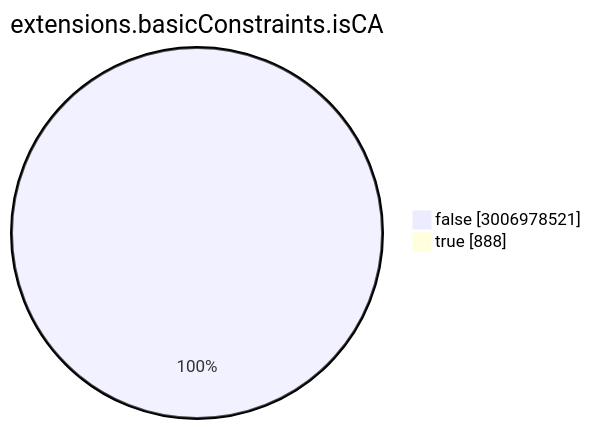
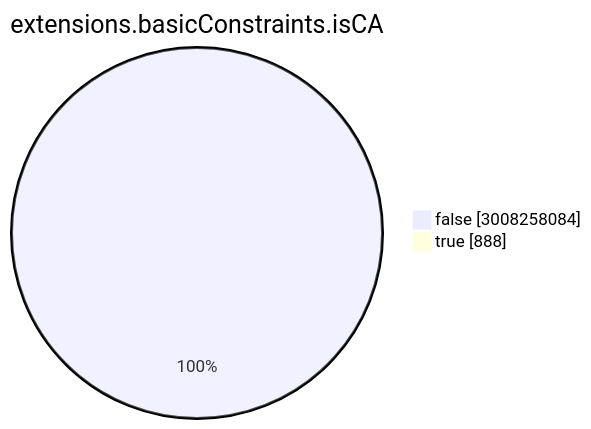
Before and after one commit to christiankrug/ctmonitor_visualization: the seventh of 15 diagrams in TOTAL/README.md, drawn with Mermaid. The commit also changed other lines of this file, not shown here.

````diff
--- a/TOTAL/README.md
+++ b/TOTAL/README.md
@@ -3080,6 +3080,6 @@
 ```mermaid
 pie showData
 title extensions.basicConstraints.isCA
-"false" :3006978521
+"false" :3008258084
 "true" :888
 ```
````
